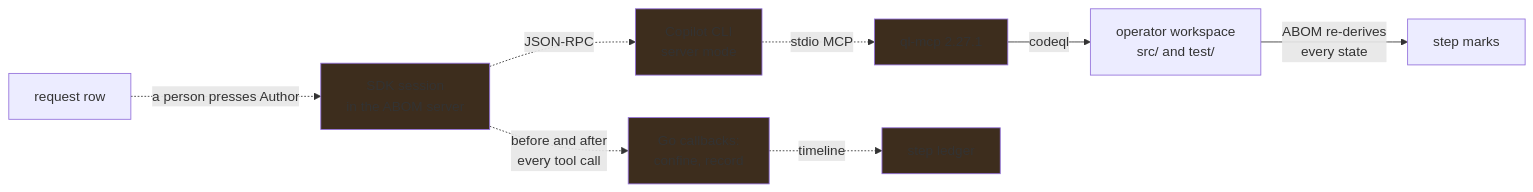
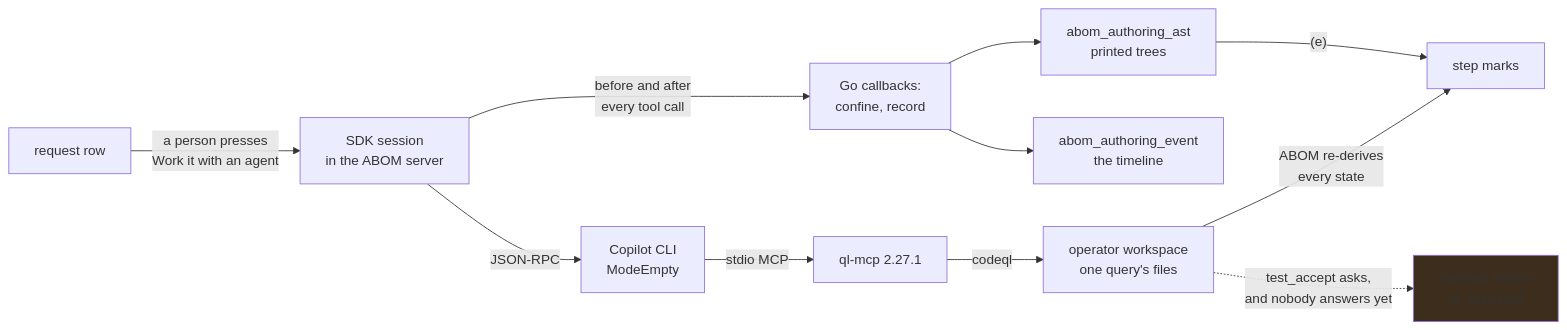
The diagram in plans/api/authoring-harness.md (advanced-security/codeql-abom), drawn with Mermaid before and after one commit. The commit also changed other lines of this file and 66 other files, not shown here.

Commit message:
feat(abom): Copilot-driven QLaaS init

````diff
--- a/plans/api/authoring-harness.md
+++ b/plans/api/authoring-harness.md
@@ -30,15 +36,14 @@
 ```mermaid
 flowchart LR
-    REQ["request row"] -. "a person presses Author" .-> SES["SDK session<br/>in the ABOM server"]
-    SES -. "JSON-RPC" .-> CLI["Copilot CLI<br/>server mode"]
-    CLI -. "stdio MCP" .-> QLMCP["ql-mcp 2.27.1"]
-    QLMCP -->|"codeql"| WS["operator workspace<br/>src/ and test/"]
-    SES -. "before and after<br/>every tool call" .-> HOOKS["Go callbacks:<br/>confine, record"]
-    HOOKS -. "timeline" .-> LEDGER["step ledger"]
+    REQ["request row"] -->|"a person presses<br/>Work it with an agent"| SES["SDK session<br/>in the ABOM server"]
+    SES -->|"JSON-RPC"| CLI["Copilot CLI<br/>ModeEmpty"]
+    CLI -->|"stdio MCP"| QLMCP["ql-mcp 2.27.1"]
+    QLMCP -->|"codeql"| WS["operator workspace<br/>one query's files"]
+    SES -->|"before and after<br/>every tool call"| GATE["Go callbacks:<br/>confine, record"]
+    GATE --> TL["abom_authoring_event<br/>the timeline"]
+    GATE --> AST["abom_authoring_ast<br/>printed trees"]
     WS -->|"ABOM re-derives<br/>every state"| STEPS["step marks"]
-    style SES fill:#3d2d1d
-    style CLI fill:#3d2d1d
-    style QLMCP fill:#3d2d1d
-    style HOOKS fill:#3d2d1d
-    style LEDGER fill:#3d2d1d
+    AST -->|"(e)"| STEPS
+    WS -. "test_accept asks,<br/>and nobody answers yet" .-> REV["operator review<br/>of .expected"]
+    style REV fill:#3d2d1d
 ```
````
